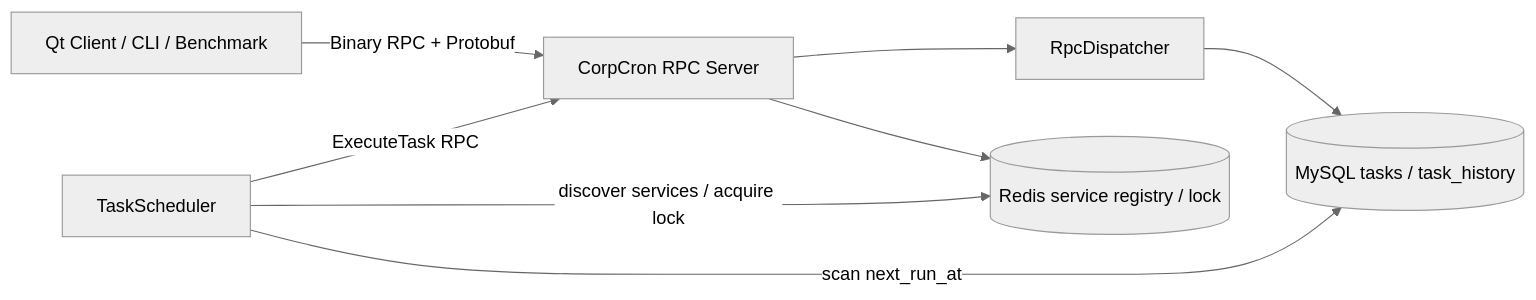
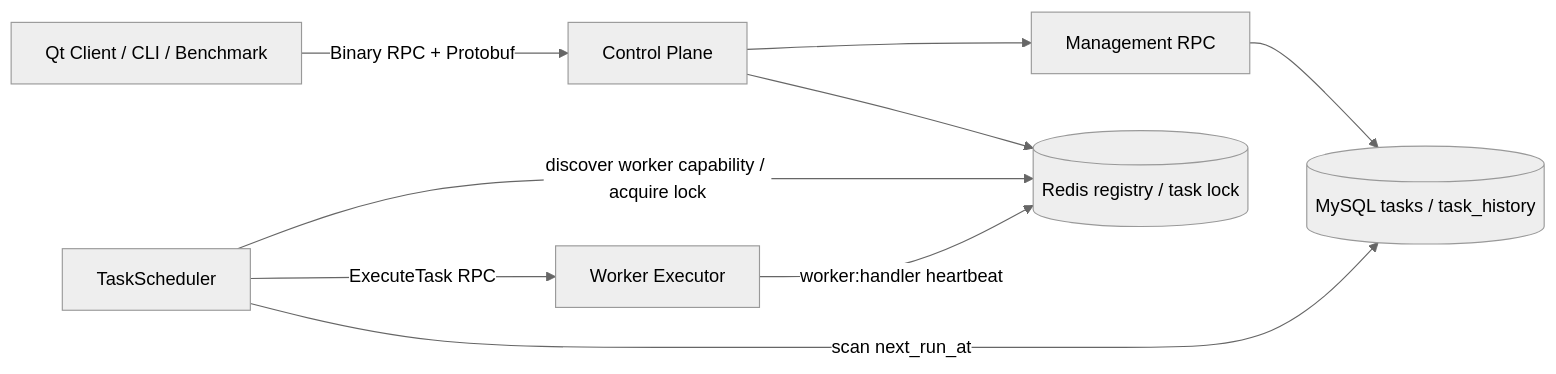
One commit to loukong111/CoroutineRPC-Scheduler changed the diagram in README.md. Above: the diagram before and after it, drawn with Mermaid (neutral theme). The commit also changed other lines of this file and 57 other files, not shown here.

````diff
--- a/README.md
+++ b/README.md
@@ -64,10 +69,11 @@
 ```mermaid
 flowchart LR
-    Client[Qt Client / CLI / Benchmark] -->|Binary RPC + Protobuf| Server[CorpCron RPC Server]
-    Server --> Dispatcher[RpcDispatcher]
+    Client[Qt Client / CLI / Benchmark] -->|Binary RPC + Protobuf| Server[Control Plane]
+    Server --> Dispatcher[Management RPC]
     Dispatcher --> MySQL[(MySQL tasks / task_history)]
-    Server --> Redis[(Redis service registry / lock)]
+    Server --> Redis[(Redis registry / task lock)]
     Scheduler[TaskScheduler] -->|scan next_run_at| MySQL
-    Scheduler -->|discover services / acquire lock| Redis
-    Scheduler -->|ExecuteTask RPC| Server
+    Scheduler -->|discover worker capability / acquire lock| Redis
+    Scheduler -->|ExecuteTask RPC| Worker[Worker Executor]
+    Worker -->|worker:handler heartbeat| Redis
 ```
````
